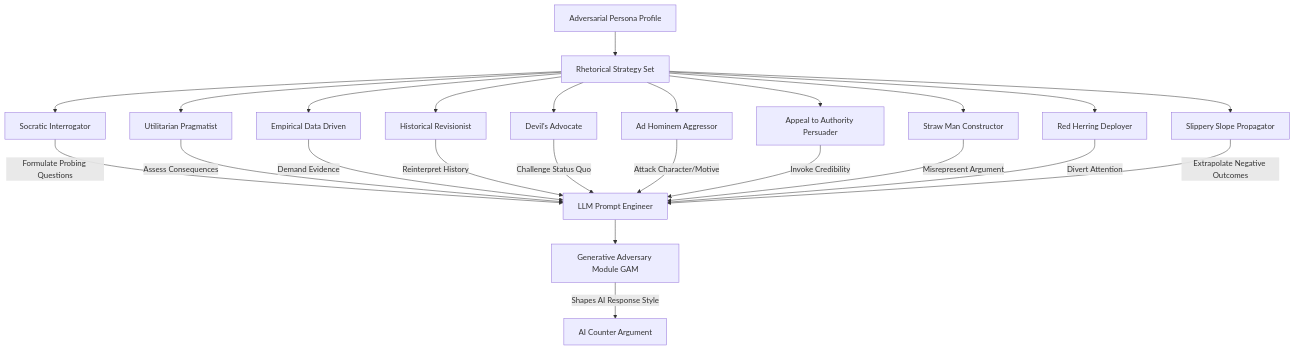
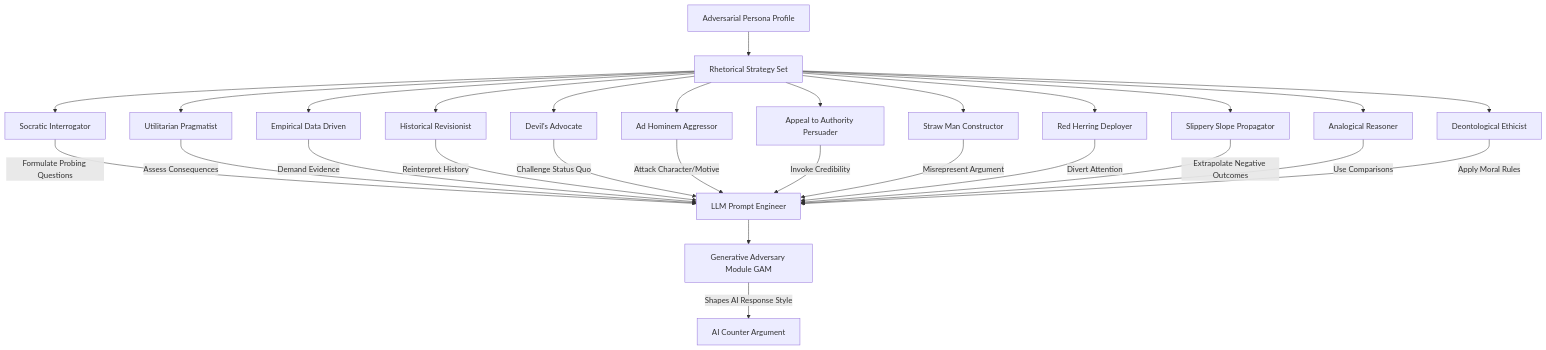
One commit to diplomat-bit/Citibank_Demo_Business_Inc_Demonstration- changed the second of 13 diagrams in inventions/018_ai_debate_adversary/adversarial_persona_strategy.md. Above: the diagram before and after it, drawn with Mermaid. The commit also changed other lines of this file, not shown here.

Commit message:
[AI] Edit: inventions/018_ai_debate_adversary/adversarial_persona_strategy.md

````diff
--- a/inventions/018_ai_debate_adversary/adversarial_persona_strategy.md
+++ b/inventions/018_ai_debate_adversary/adversarial_persona_strategy.md
@@ -92,27 +140,31 @@
 ```mermaid
 graph TD
     A[Adversarial Persona Profile] --> B[Rhetorical Strategy Set];
     B --> C[Socratic Interrogator];
     B --> D[Utilitarian Pragmatist];
     B --> E[Empirical Data Driven];
     B --> F[Historical Revisionist];
     B --> G[Devil's Advocate];
     B --> H[Ad Hominem Aggressor];
     B --> I[Appeal to Authority Persuader];
     B --> J[Straw Man Constructor];
     B --> K[Red Herring Deployer];
     B --> L[Slippery Slope Propagator];
+    B --> M[Analogical Reasoner];
+    B --> N[Deontological Ethicist];
 
-    C -- Formulate Probing Questions --> M[LLM Prompt Engineer];
-    D -- Assess Consequences --> M;
-    E -- Demand Evidence --> M;
-    F -- Reinterpret History --> M;
-    G -- Challenge Status Quo --> M;
-    H -- Attack Character/Motive --> M;
-    I -- Invoke Credibility --> M;
-    J -- Misrepresent Argument --> M;
-    K -- Divert Attention --> M;
-    L -- Extrapolate Negative Outcomes --> M;
-    M --> N[Generative Adversary Module GAM];
-    N -- Shapes AI Response Style --> O[AI Counter Argument];
+    C -- Formulate Probing Questions --> Q[LLM Prompt Engineer];
+    D -- Assess Consequences --> Q;
+    E -- Demand Evidence --> Q;
+    F -- Reinterpret History --> Q;
+    G -- Challenge Status Quo --> Q;
+    H -- Attack Character/Motive --> Q;
+    I -- Invoke Credibility --> Q;
+    J -- Misrepresent Argument --> Q;
+    K -- Divert Attention --> Q;
+    L -- Extrapolate Negative Outcomes --> Q;
+    M -- Use Comparisons --> Q;
+    N -- Apply Moral Rules --> Q;
+    Q --> R[Generative Adversary Module GAM];
+    R -- Shapes AI Response Style --> S[AI Counter Argument];
 ```
````
